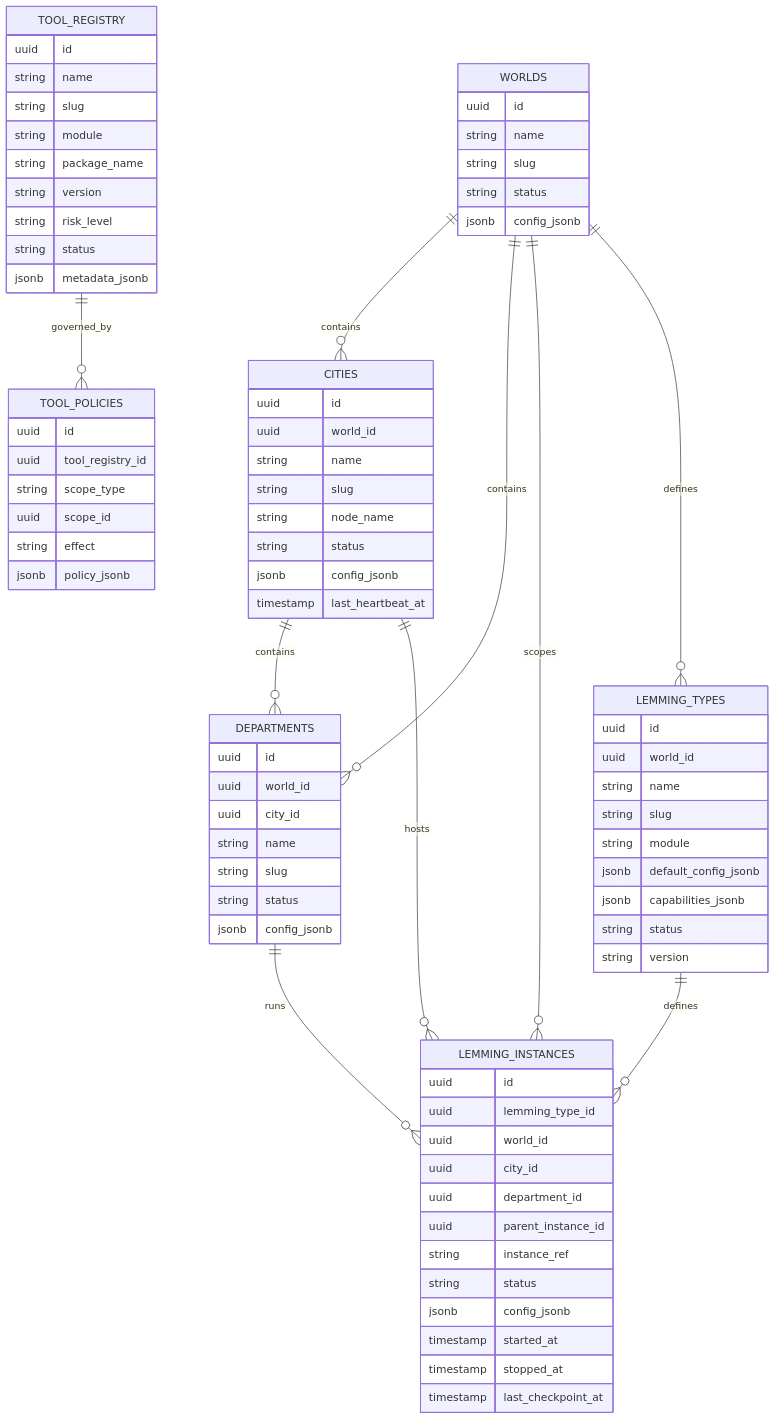
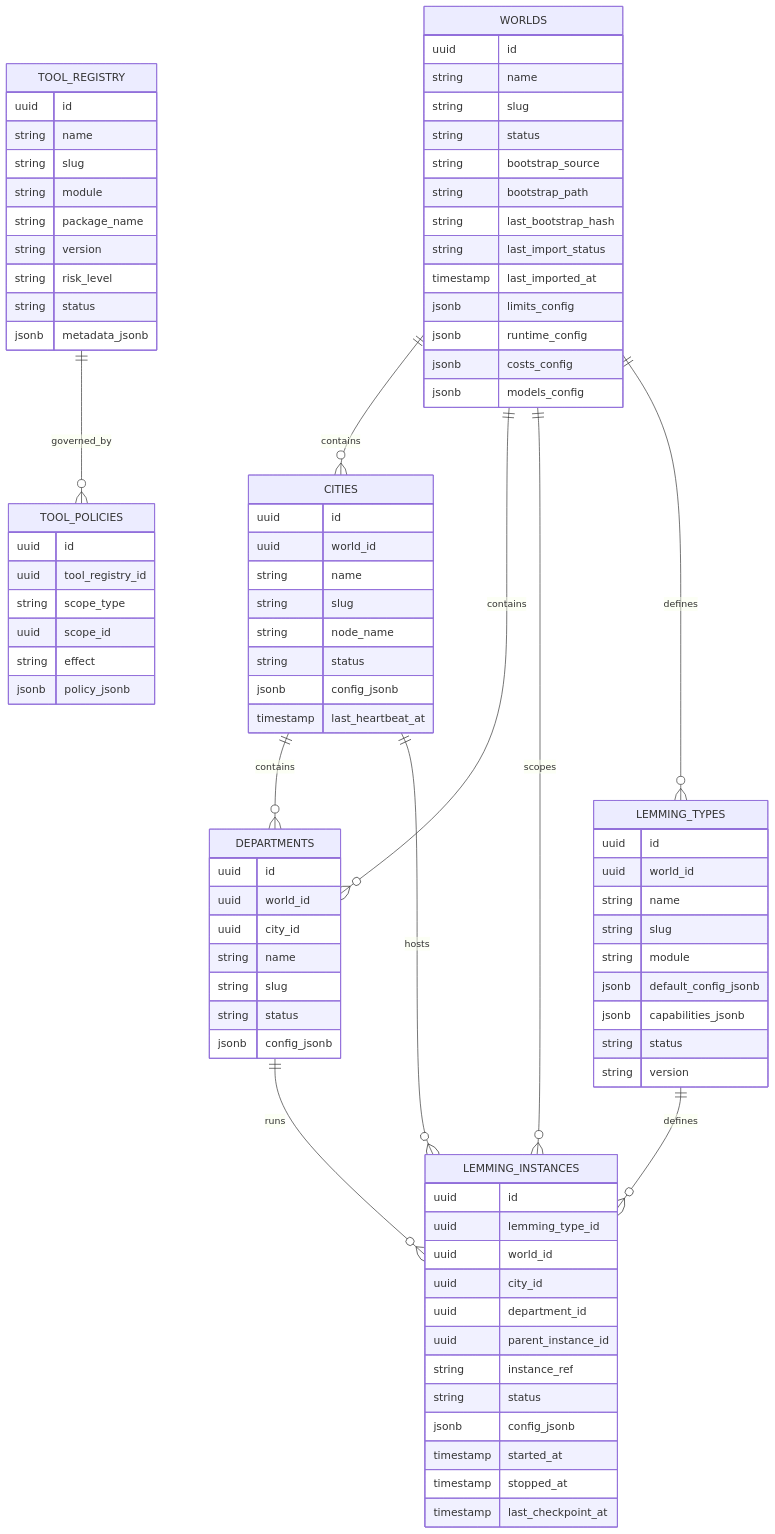
One commit to mberrueta/lemmings-os changed the first of 2 diagrams in docs/adr/0021-core-domain-schema.md. Above: the diagram before and after it, drawn with Mermaid. The commit also changed other lines of this file and 99 other files, not shown here.

```diff
--- a/docs/adr/0021-core-domain-schema.md
+++ b/docs/adr/0021-core-domain-schema.md
@@ -153,7 +158,15 @@
         string name
         string slug
         string status
-        jsonb config_jsonb
+        string bootstrap_source
+        string bootstrap_path
+        string last_bootstrap_hash
+        string last_import_status
+        timestamp last_imported_at
+        jsonb limits_config
+        jsonb runtime_config
+        jsonb costs_config
+        jsonb models_config
     }
 
     CITIES {
```
